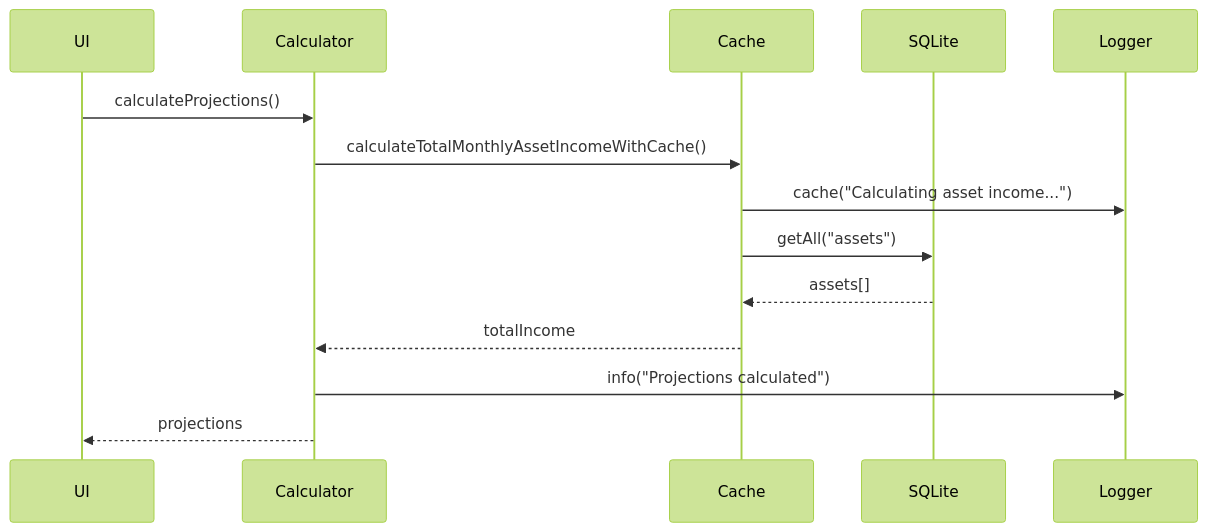
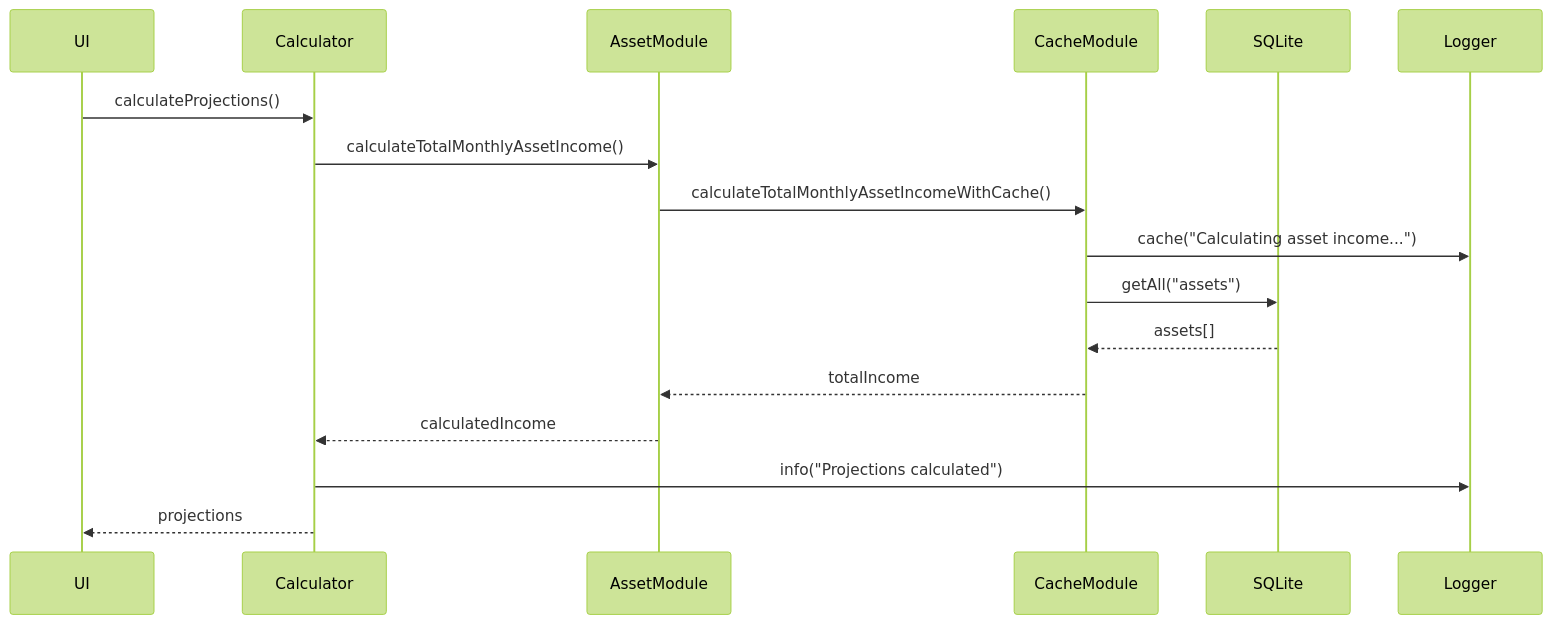
Before and after one commit to ChristianScheub/Typescript_PassivIncomeCalculator: the third of 3 diagrams in src/service/README.md, drawn with Mermaid (forest theme). The commit also changed other lines of this file and 35 other files, not shown here.

````diff
--- a/src/service/README.md
+++ b/src/service/README.md
@@ -178,17 +312,20 @@
 ```mermaid
 sequenceDiagram
     participant UI
     participant Calculator
-    participant Cache
+    participant AssetModule
+    participant CacheModule
     participant SQLite
     participant Logger
     
     UI->>Calculator: calculateProjections()
-    Calculator->>Cache: calculateTotalMonthlyAssetIncomeWithCache()
-    Cache->>Logger: cache("Calculating asset income...")
-    Cache->>SQLite: getAll("assets")
-    SQLite-->>Cache: assets[]
-    Cache-->>Calculator: totalIncome
+    Calculator->>AssetModule: calculateTotalMonthlyAssetIncome()
+    AssetModule->>CacheModule: calculateTotalMonthlyAssetIncomeWithCache()
+    CacheModule->>Logger: cache("Calculating asset income...")
+    CacheModule->>SQLite: getAll("assets")
+    SQLite-->>CacheModule: assets[]
+    CacheModule-->>AssetModule: totalIncome
+    AssetModule-->>Calculator: calculatedIncome
     Calculator->>Logger: info("Projections calculated")
     Calculator-->>UI: projections
 ```
````
